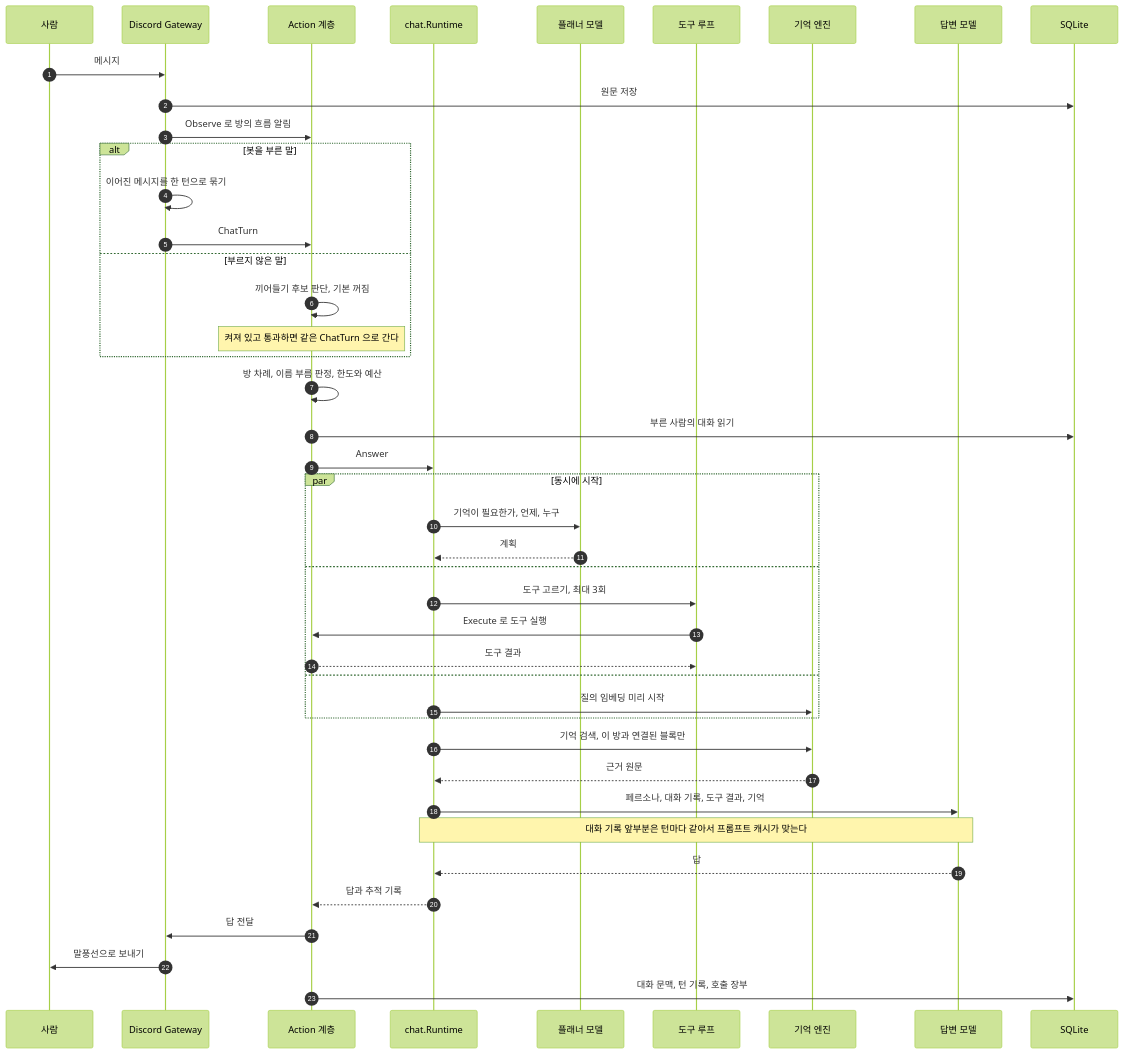
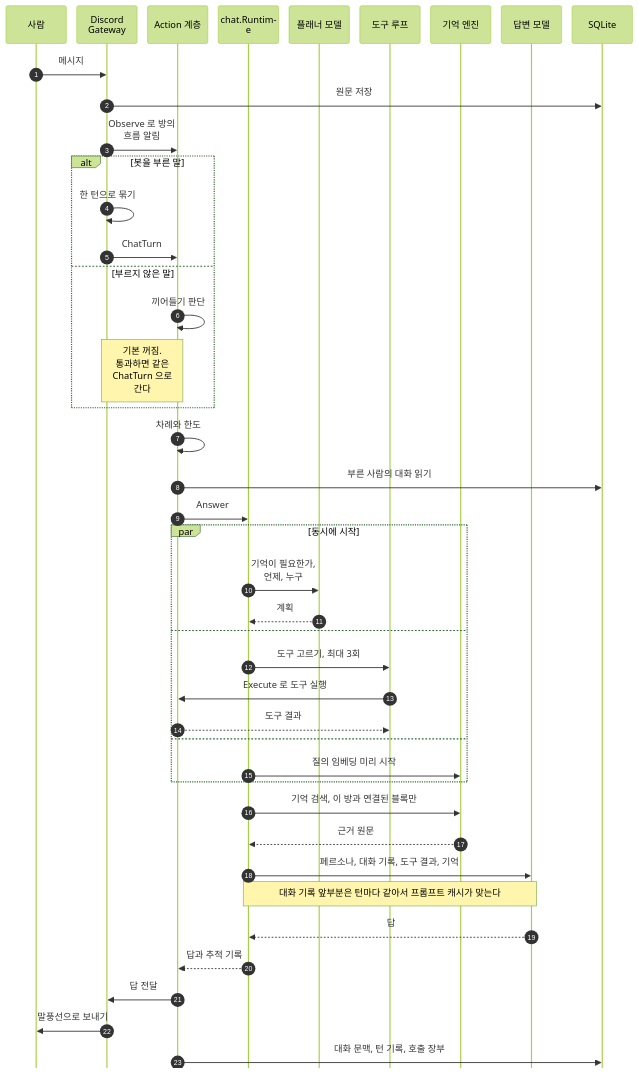
Before and after one commit to kim0040/masamong2: the diagram in docs/architecture/message-flow.md, drawn with Mermaid (forest theme). The commit also changed 5 other files, not shown here.

Commit message:
docs: the Mermaid diagrams share one class palette with explicit text colours, run top-down to fit the page, and the sequence diagram is narrower

````diff
--- a/docs/architecture/message-flow.md
+++ b/docs/architecture/message-flow.md
@@ -16,46 +16,47 @@
 ```mermaid
+%%{init: {"sequence": {"mirrorActors": false, "width": 104, "actorMargin": 18, "messageMargin": 30, "wrap": true}}}%%
 sequenceDiagram
   autonumber
   participant U as 사람
   participant GW as Discord Gateway
   participant APP as Action 계층
   participant RT as chat.Runtime
   participant PL as 플래너 모델
   participant TL as 도구 루프
   participant MEM as 기억 엔진
   participant AN as 답변 모델
   participant DB as SQLite
 
   U->>GW: 메시지
   GW->>DB: 원문 저장
   GW->>APP: Observe 로 방의 흐름 알림
   alt 봇을 부른 말
-    GW->>GW: 이어진 메시지를 한 턴으로 묶기
+    GW->>GW: 한 턴으로 묶기
     GW->>APP: ChatTurn
   else 부르지 않은 말
-    APP->>APP: 끼어들기 후보 판단, 기본 꺼짐
-    Note over APP: 켜져 있고 통과하면 같은 ChatTurn 으로 간다
+    APP->>APP: 끼어들기 판단
+    Note over GW,APP: 기본 꺼짐. 통과하면 같은 ChatTurn 으로 간다
   end
-  APP->>APP: 방 차례, 이름 부름 판정, 한도와 예산
+  APP->>APP: 차례와 한도
   APP->>DB: 부른 사람의 대화 읽기
   APP->>RT: Answer
   par 동시에 시작
     RT->>PL: 기억이 필요한가, 언제, 누구
     PL-->>RT: 계획
   and
     RT->>TL: 도구 고르기, 최대 3회
     TL->>APP: Execute 로 도구 실행
     APP-->>TL: 도구 결과
   and
     RT->>MEM: 질의 임베딩 미리 시작
   end
   RT->>MEM: 기억 검색, 이 방과 연결된 블록만
   MEM-->>RT: 근거 원문
   RT->>AN: 페르소나, 대화 기록, 도구 결과, 기억
   Note over RT,AN: 대화 기록 앞부분은 턴마다 같아서 프롬프트 캐시가 맞는다
   AN-->>RT: 답
   RT-->>APP: 답과 추적 기록
   APP->>GW: 답 전달
   GW->>U: 말풍선으로 보내기
   APP->>DB: 대화 문맥, 턴 기록, 호출 장부
 ```
````
